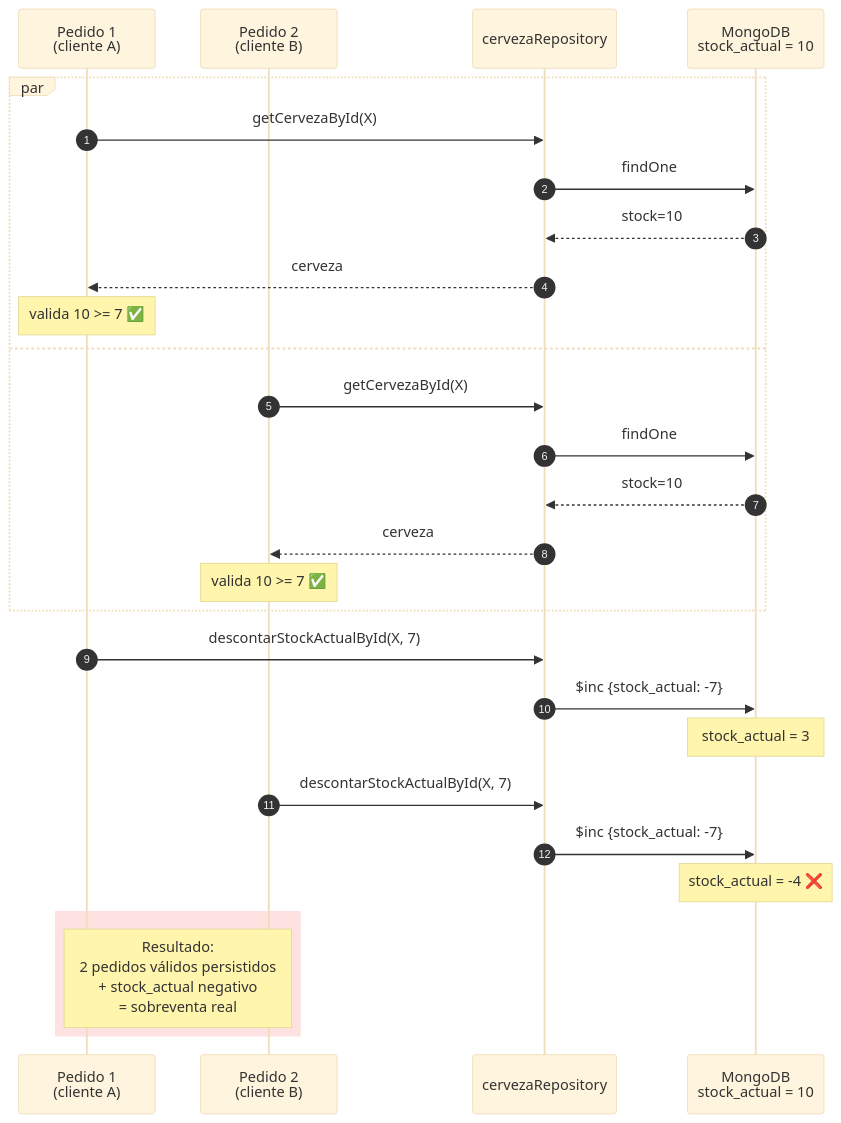
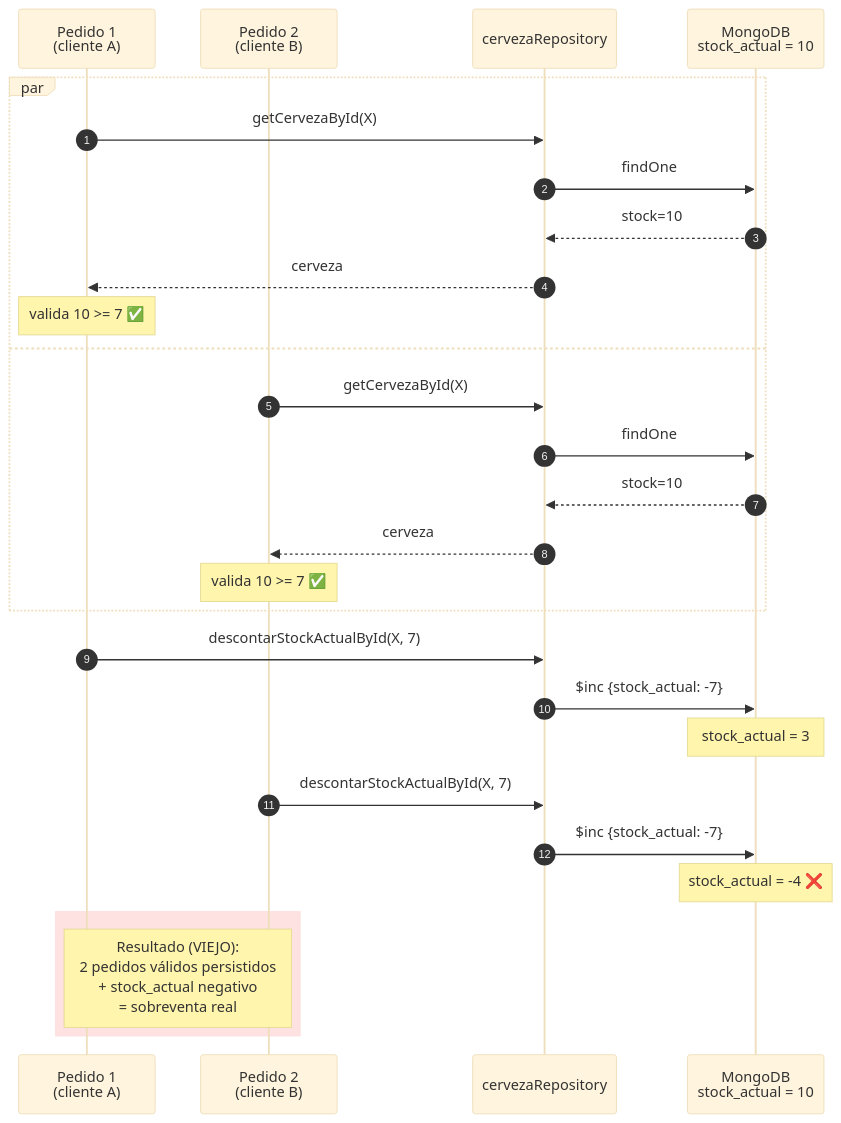
The sixth of 7 diagrams in docs/architecture/MODULE_PEDIDO_SERVICE_DIAGRAMS.md (nicolasgonzalez98/tpGrupoFrontBack), drawn with Mermaid (base theme) before and after one commit. The commit also changed other lines of this file and 7 other files, not shown here.

````diff
--- a/docs/architecture/MODULE_PEDIDO_SERVICE_DIAGRAMS.md
+++ b/docs/architecture/MODULE_PEDIDO_SERVICE_DIAGRAMS.md
@@ -282,34 +315,34 @@
 ```mermaid
 sequenceDiagram
     autonumber
     participant T1 as Pedido 1<br/>(cliente A)
     participant T2 as Pedido 2<br/>(cliente B)
     participant CR as cervezaRepository
     participant DB as MongoDB<br/>stock_actual = 10
 
     par
         T1->>CR: getCervezaById(X)
         CR->>DB: findOne
         DB-->>CR: stock=10
         CR-->>T1: cerveza
         Note over T1: valida 10 >= 7 ✅
     and
         T2->>CR: getCervezaById(X)
         CR->>DB: findOne
         DB-->>CR: stock=10
         CR-->>T2: cerveza
         Note over T2: valida 10 >= 7 ✅
     end
 
     T1->>CR: descontarStockActualById(X, 7)
     CR->>DB: $inc {stock_actual: -7}
     Note over DB: stock_actual = 3
 
     T2->>CR: descontarStockActualById(X, 7)
     CR->>DB: $inc {stock_actual: -7}
     Note over DB: stock_actual = -4 ❌
 
     rect rgb(254, 226, 226)
-    Note over T1,T2: Resultado:<br/>2 pedidos válidos persistidos<br/>+ stock_actual negativo<br/>= sobreventa real
+    Note over T1,T2: Resultado (VIEJO):<br/>2 pedidos válidos persistidos<br/>+ stock_actual negativo<br/>= sobreventa real
     end
 ```
````
